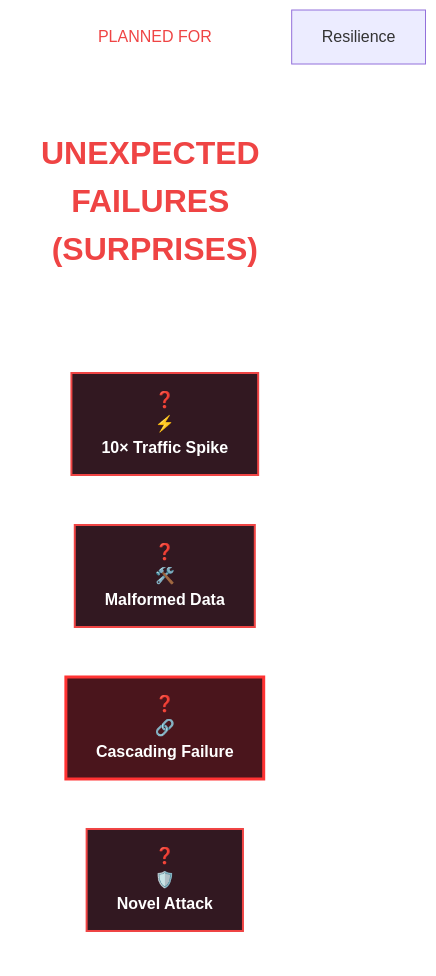
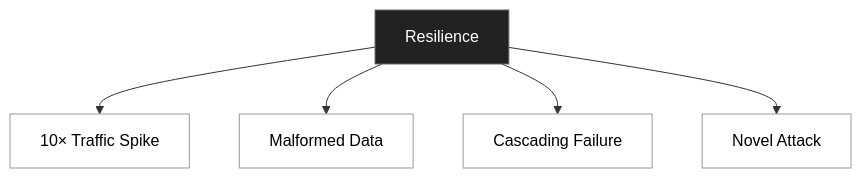
The diagram in docs/2022-2025/SE_02_system-design/SD_02_Non-functional-req/02_NFR_07_resiliency__.md (lekhrajdinkar/solution-engineer), drawn with Mermaid before and after one commit. The commit also changed other lines of this file and 8 other files, not shown here.

````diff
--- a/docs/2022-2025/SE_02_system-design/SD_02_Non-functional-req/02_NFR_07_resiliency__.md
+++ b/docs/2022-2025/SE_02_system-design/SD_02_Non-functional-req/02_NFR_07_resiliency__.md
@@ -3,29 +10,13 @@
 ```mermaid
 flowchart TB
-    T1["PLANNED FOR"]
-    T2["UNEXPECTED FAILURES (SURPRISES)"]
-    T3["Resilience"]
-    T1 --> T2
-
-    subgraph U[" "]
-        direction LR
-        A["❓<br/>⚡<br/><b>10× Traffic Spike</b>"]
-        B["❓<br/>🛠️<br/><b>Malformed Data</b>"]
-        C["❓<br/>🔗<br/><b>Cascading Failure</b>"]
-        D["❓<br/>🛡️<br/><b>Novel Attack</b>"]
-    end
-
-    T2 --> A
-    T2 --> B
-    T2 --> C
-    T2 --> D
-
-    style T1 fill:transparent,stroke:transparent,color:#ef4444
-    style T2 fill:transparent,stroke:transparent,color:#ef4444,font-size:32px,font-weight:bold
-    style U fill:transparent,stroke:transparent
-    style A fill:#321821,stroke:#ef4444,stroke-width:2px,color:#ffffff
-    style B fill:#321821,stroke:#ef4444,stroke-width:2px,color:#ffffff
-    style C fill:#4a151c,stroke:#ff3333,stroke-width:3px,color:#ffffff
-    style D fill:#321821,stroke:#ef4444,stroke-width:2px,color:#ffffff
-    linkStyle 0,1,2,3,4 stroke:transparent
+    R["Resilience"]
+    R --> F1["10× Traffic Spike"]
+    R --> F2["Malformed Data"]
+    R --> F3["Cascading Failure"]
+    R --> F4["Novel Attack"]
+    style R fill:#222,stroke:#666,color:#fff
+    style F1 fill:#fff,stroke:#999,color:#000
+    style F2 fill:#fff,stroke:#999,color:#000
+    style F3 fill:#fff,stroke:#999,color:#000
+    style F4 fill:#fff,stroke:#999,color:#000
 ```
````
